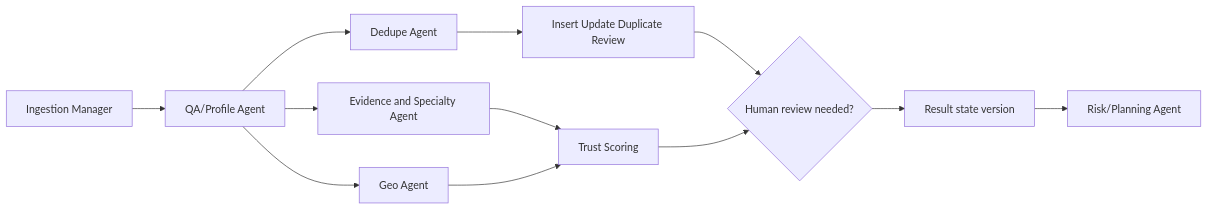
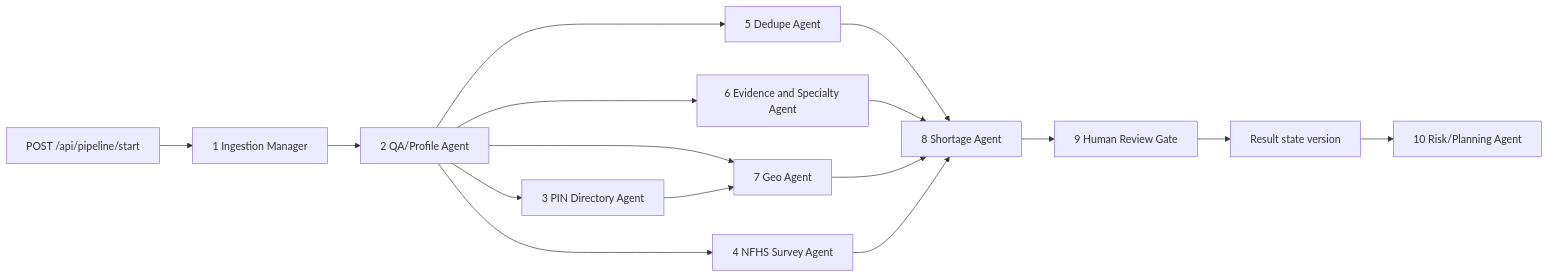
One commit to motobob/dbx_hack_doctors changed the second of 2 diagrams in docs/design-session-2026-06-15-agent-architecture.md. Above: the diagram before and after it, drawn with Mermaid. The commit also changed other lines of this file and 6 other files, not shown here.

````diff
--- a/docs/design-session-2026-06-15-agent-architecture.md
+++ b/docs/design-session-2026-06-15-agent-architecture.md
@@ -112,14 +112,18 @@
 ```mermaid
 flowchart LR
-  ingest[Ingestion Manager] --> qa[QA/Profile Agent]
-  qa --> dedupe[Dedupe Agent]
-  qa --> evidence[Evidence and Specialty Agent]
-  qa --> geo[Geo Agent]
-  dedupe --> decision[Insert Update Duplicate Review]
-  evidence --> trust[Trust Scoring]
-  geo --> trust
-  decision --> human{Human review needed?}
-  trust --> human
+  start[POST /api/pipeline/start] --> ingest[1 Ingestion Manager]
+  ingest --> qa[2 QA/Profile Agent]
+  qa --> pin[3 PIN Directory Agent]
+  qa --> nfhs[4 NFHS Survey Agent]
+  qa --> dedupe[5 Dedupe Agent]
+  qa --> evidence[6 Evidence and Specialty Agent]
+  qa --> geo[7 Geo Agent]
+  pin --> geo
+  dedupe --> shortage[8 Shortage Agent]
+  evidence --> shortage
+  geo --> shortage
+  nfhs --> shortage
+  shortage --> human[9 Human Review Gate]
   human --> result[Result state version]
-  result --> risk[Risk/Planning Agent]
+  result --> risk[10 Risk/Planning Agent]
 ```
````
